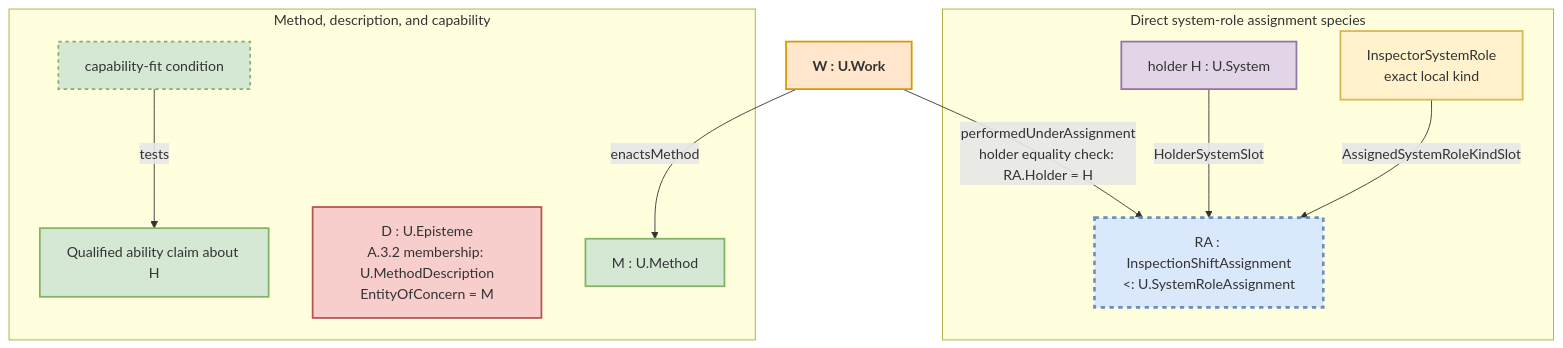
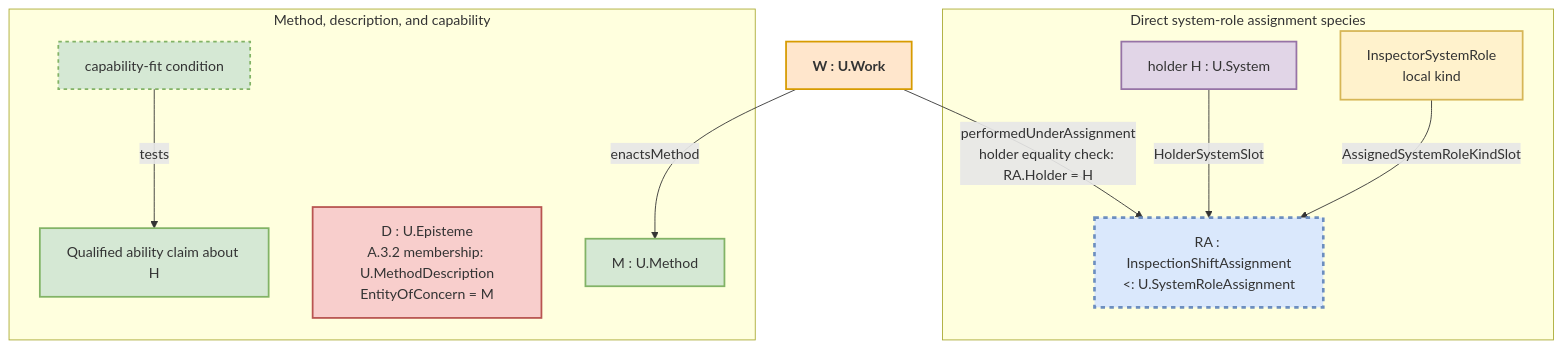
The diagram in fpf_chunks/by_pattern/A.15.md (ansea09/fpf-spec-mirror), drawn with Mermaid before and after one commit. The commit also changed other lines of this file and 6413 other files, not shown here.

````diff
--- a/fpf_chunks/by_pattern/A.15.md
+++ b/fpf_chunks/by_pattern/A.15.md
@@ -179,25 +179,25 @@
 ```mermaid
 graph TD
     subgraph "Direct system-role assignment species"
         H["holder H : U.System"] -- "HolderSystemSlot" --> RA["RA : InspectionShiftAssignment<br/><: U.SystemRoleAssignment"]
-        K["InspectorSystemRole<br/>exact local kind"] -- "AssignedSystemRoleKindSlot" --> RA
+        K["InspectorSystemRole<br/>local kind"] -- "AssignedSystemRoleKindSlot" --> RA
     end
 
     subgraph "Method, description, and capability"
         M["M : U.Method"]
         D["D : U.Episteme<br/>A.3.2 membership: U.MethodDescription<br/>EntityOfConcern = M"]
         Cap["Qualified ability claim about H"]
         Fit["capability-fit condition"] -- "tests" --> Cap
     end
 
     W["W : U.Work"] -- "performedUnderAssignment<br/>holder equality check: RA.Holder = H" --> RA
     W -- "enactsMethod" --> M
     style K fill:#fff2cc,stroke:#d6b656,stroke-width:2px
     style Cap fill:#d5e8d4,stroke:#82b366,stroke-width:2px
     style Fit fill:#d5e8d4,stroke:#82b366,stroke-width:2px,stroke-dasharray: 4 4
     style M fill:#d5e8d4,stroke:#82b366,stroke-width:2px
     style D fill:#f8cecc,stroke:#b85450,stroke-width:2px
     style H fill:#e1d5e7,stroke:#9673a6,stroke-width:2px
     style RA fill:#dae8fc,stroke:#6c8ebf,stroke-width:3px,stroke-dasharray: 5 5
     style W fill:#ffe6cc,stroke:#d79b00,stroke-width:2px,font-weight:bold
 ```
````
